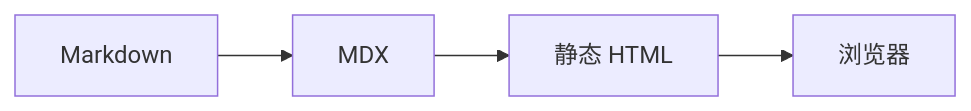
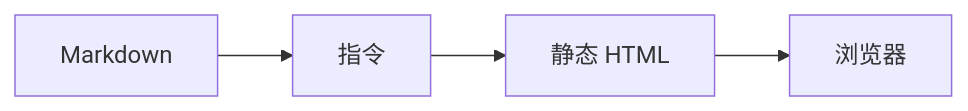
The diagram in src/content/blog/components-showcase.md (lmb666666/Sonder), drawn with Mermaid before and after one commit. The commit also changed other lines of this file and 21 other files, not shown here.

````diff
--- a/src/content/blog/components-showcase.md
+++ b/src/content/blog/components-showcase.md
@@ -221,6 +397,6 @@
 ```mermaid
 flowchart LR
-  A[Markdown] --> B[MDX]
+  A[Markdown] --> B[指令]
   B --> C[静态 HTML]
   C --> D[浏览器]
 ```
````
